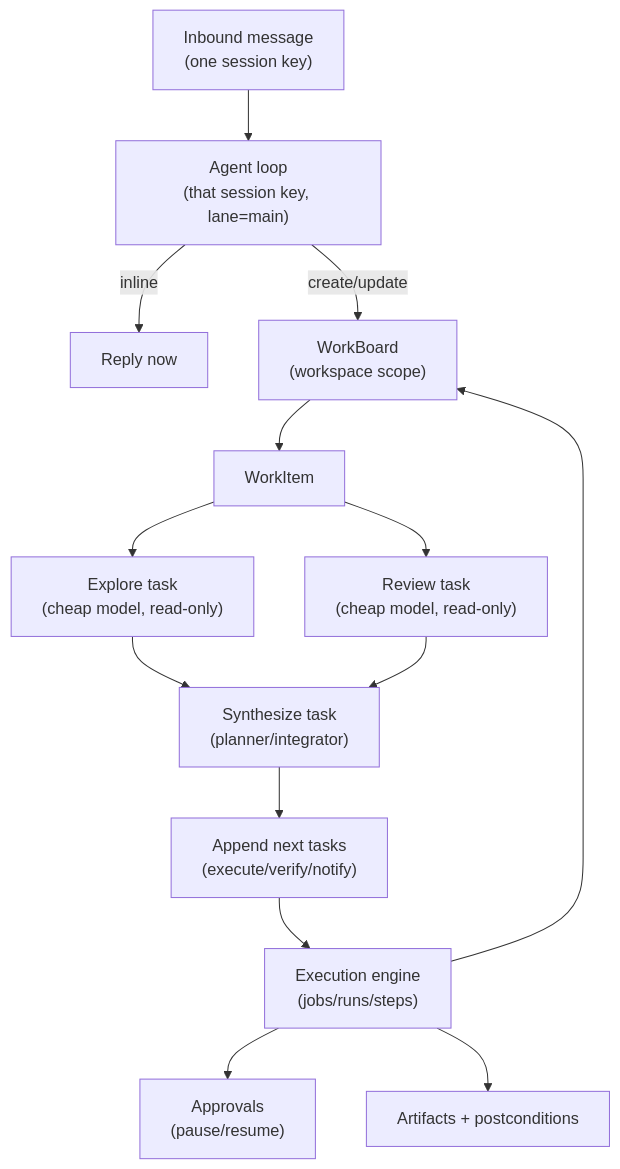
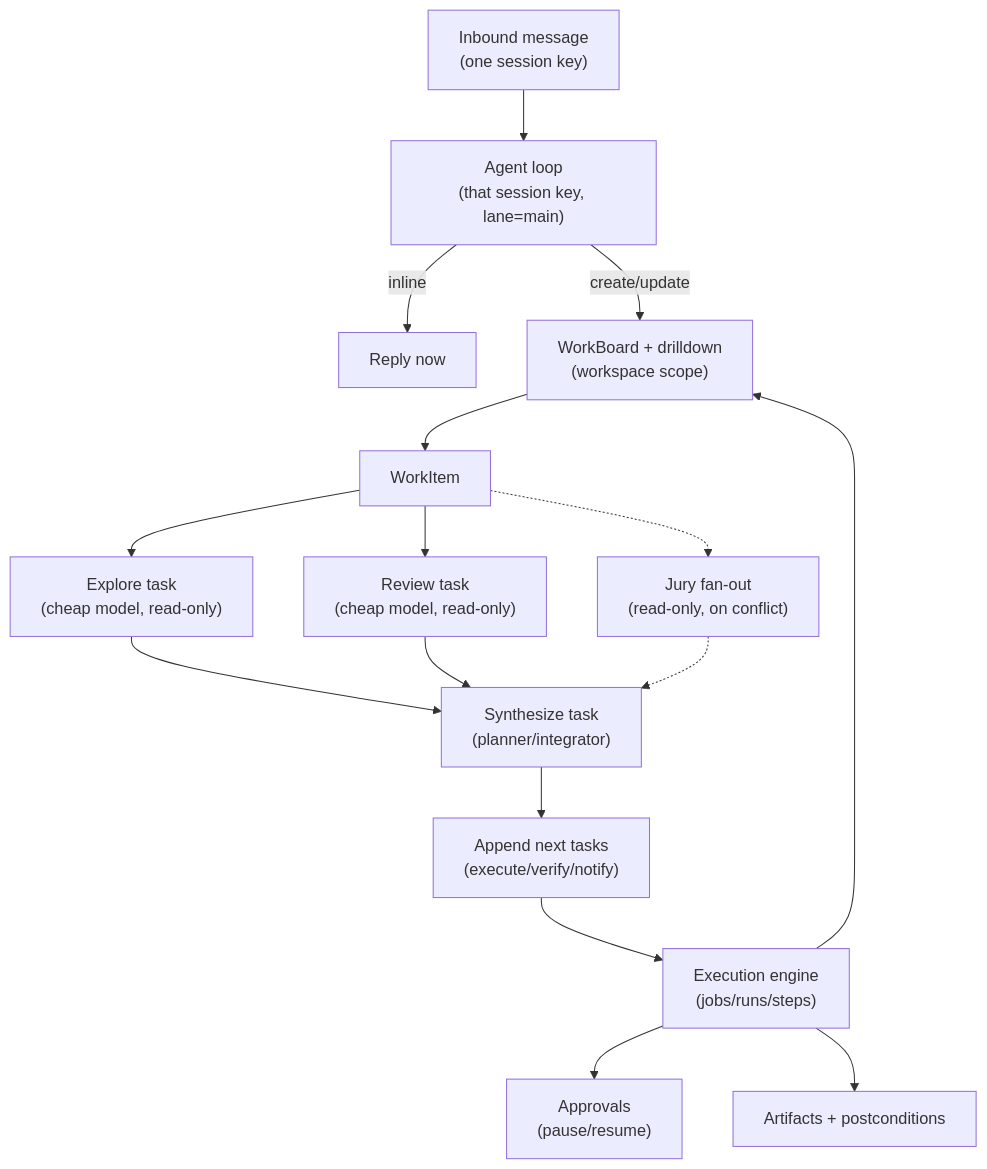
The second of 3 diagrams in docs/architecture/workboard.md (tyrumai/tyrum), drawn with Mermaid before and after one commit. The commit also changed other lines of this file and 13 other files, not shown here.

Commit message:
Document WorkBoard drilldown and work focus digest

````diff
--- a/docs/architecture/workboard.md
+++ b/docs/architecture/workboard.md
@@ -129,18 +244,20 @@
 ```mermaid
 flowchart TB
   IN["Inbound message<br/>(one session key)"] --> FD["Agent loop<br/>(that session key, lane=main)"]
   FD -->|inline| R["Reply now"]
-  FD -->|create/update| WB["WorkBoard<br/>(workspace scope)"]
+  FD -->|create/update| WB["WorkBoard + drilldown<br/>(workspace scope)"]
 
   WB --> WI["WorkItem"]
   WI --> P1["Explore task<br/>(cheap model, read-only)"]
   WI --> P2["Review task<br/>(cheap model, read-only)"]
+  WI -.-> J["Jury fan-out<br/>(read-only, on conflict)"]
   P1 --> S["Synthesize task<br/>(planner/integrator)"]
   P2 --> S
+  J -.-> S
   S --> N["Append next tasks<br/>(execute/verify/notify)"]
 
   N --> ENG["Execution engine<br/>(jobs/runs/steps)"]
   ENG --> APPR["Approvals<br/>(pause/resume)"]
   ENG --> ART["Artifacts + postconditions"]
   ENG --> WB
 ```
````
